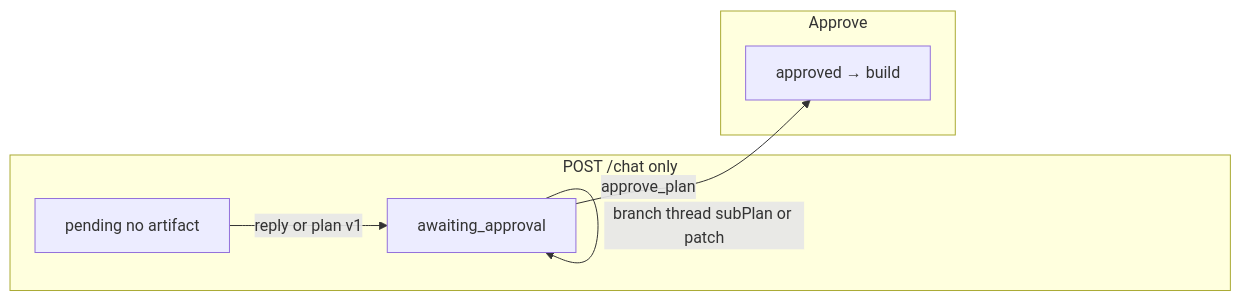
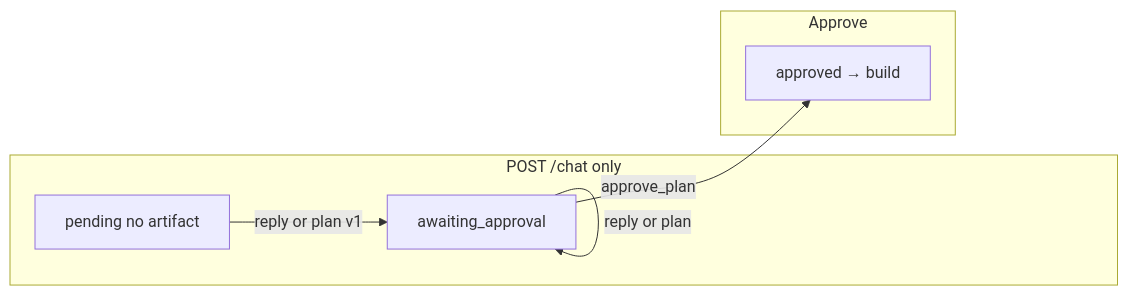
One commit to CodeThatBreak/ship changed the diagram in docs/architecture/plan-node.md. Above: the diagram before and after it, drawn with Mermaid. The commit also changed other lines of this file and 94 other files, not shown here.

Commit message:
chore: Remove sub plan

````diff
--- a/docs/architecture/plan-node.md
+++ b/docs/architecture/plan-node.md
@@ -67,11 +59,10 @@
 ```mermaid
 flowchart LR
   subgraph chat [POST /chat only]
     A[pending no artifact] -->|reply or plan v1| B[awaiting_approval]
-    B -->|main thread reply or plan| B
-    B -->|branch thread subPlan or patch| B
+    B -->|reply or plan| B
   end
   subgraph ship [Approve]
     B -->|approve_plan| C[approved → build]
   end
 ```
````
